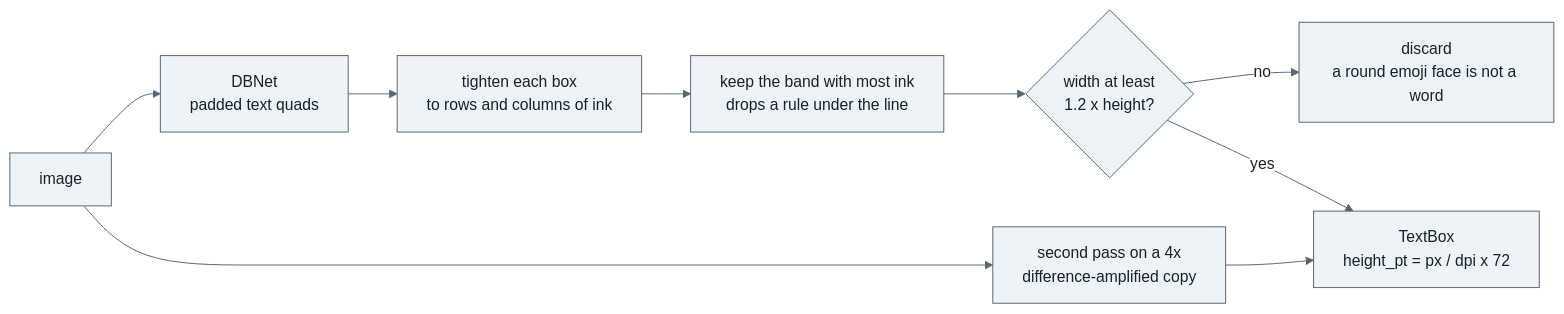
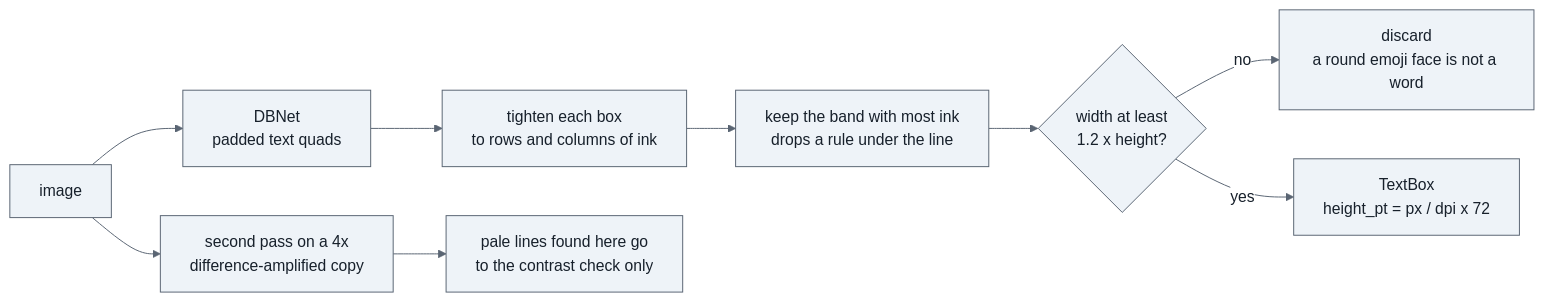
One commit to ashvolt/agents changed the tenth of 14 diagrams in capstone/docs/learn.md. Above: the diagram before and after it, drawn with Mermaid. The commit also changed other lines of this file and 5 other files, not shown here.

````diff
--- a/capstone/docs/learn.md
+++ b/capstone/docs/learn.md
@@ -630,13 +632,13 @@
 ```mermaid
 %%{init: {"theme":"base","themeVariables":{"background":"#ffffff","fontFamily":"Arial, Helvetica, sans-serif","primaryColor":"#eef3f8","primaryTextColor":"#17202b","primaryBorderColor":"#5a6573","secondaryColor":"#f5f7fa","secondaryTextColor":"#17202b","tertiaryColor":"#ffffff","tertiaryTextColor":"#17202b","lineColor":"#5a6573","textColor":"#17202b","titleColor":"#17202b","nodeTextColor":"#17202b","edgeLabelBackground":"#ffffff","clusterBkg":"#f7f9fb","clusterBorder":"#9aa5b1","cScale0":"#dbeafe","cScaleLabel0":"#17202b","cScalePeer0":"#5a6573","cScale1":"#dcfce7","cScaleLabel1":"#17202b","cScalePeer1":"#5a6573","cScale2":"#fef3c7","cScaleLabel2":"#17202b","cScalePeer2":"#5a6573","cScale3":"#fce7f3","cScaleLabel3":"#17202b","cScalePeer3":"#5a6573","cScale4":"#e0e7ff","cScaleLabel4":"#17202b","cScalePeer4":"#5a6573","cScale5":"#ccfbf1","cScaleLabel5":"#17202b","cScalePeer5":"#5a6573","cScale6":"#ffedd5","cScaleLabel6":"#17202b","cScalePeer6":"#5a6573","cScale7":"#f1f5f9","cScaleLabel7":"#17202b","cScalePeer7":"#5a6573"}}}%%
 flowchart LR
     classDef default fill:#eef3f8,stroke:#5a6573,color:#17202b
     I[image] --> D["DBNet<br/>padded text quads"]
     D --> TI["tighten each box<br/>to rows and columns of ink"]
     TI --> BAND["keep the band with most ink<br/>drops a rule under the line"]
     BAND --> W{"width at least<br/>1.2 x height?"}
     W -- no --> X["discard<br/>a round emoji face is not a word"]
     W -- yes --> TB["TextBox<br/>height_pt = px / dpi x 72"]
     I --> F2["second pass on a 4x<br/>difference-amplified copy"]
-    F2 --> TB
+    F2 --> CC["pale lines found here go<br/>to the contrast check only"]
 ```
````
